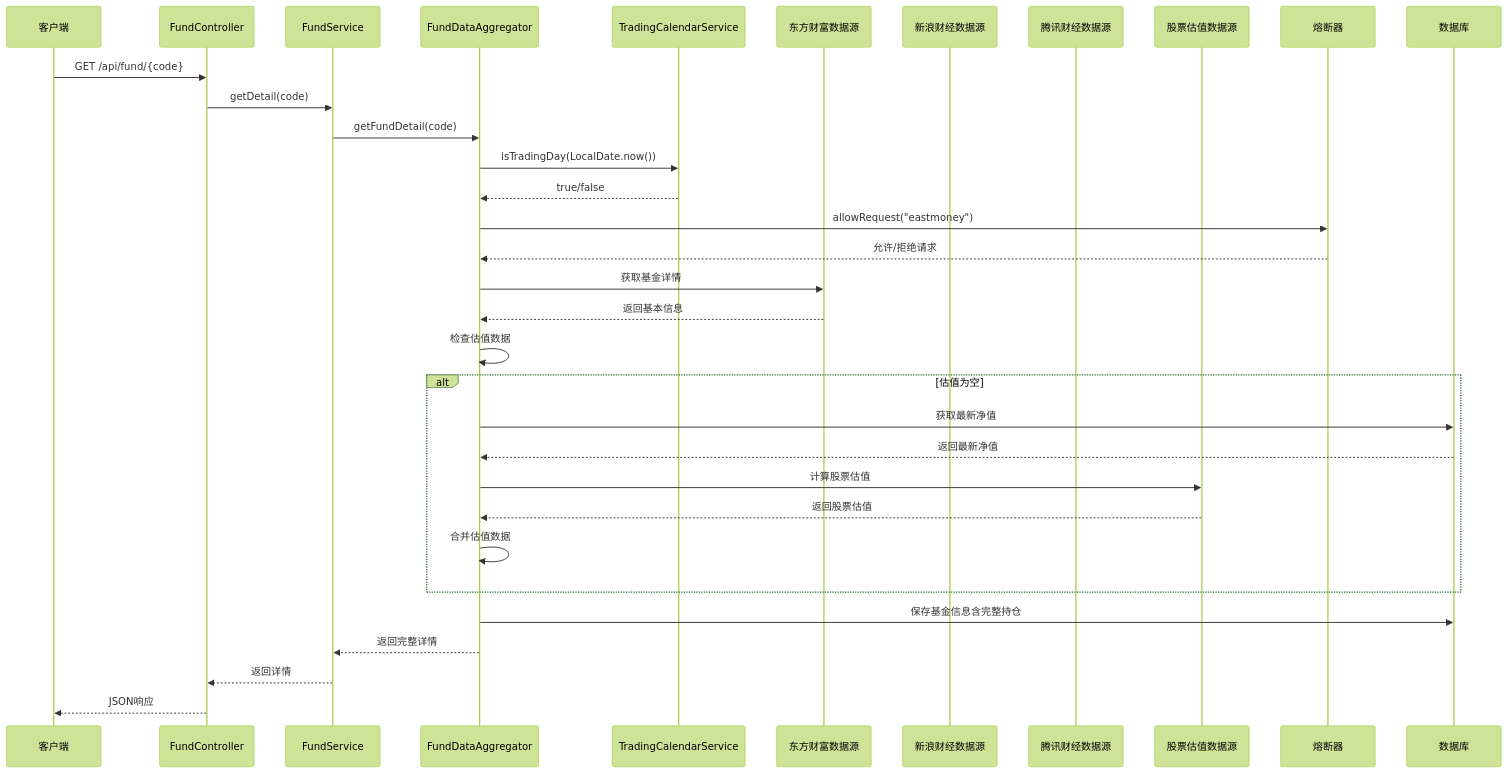
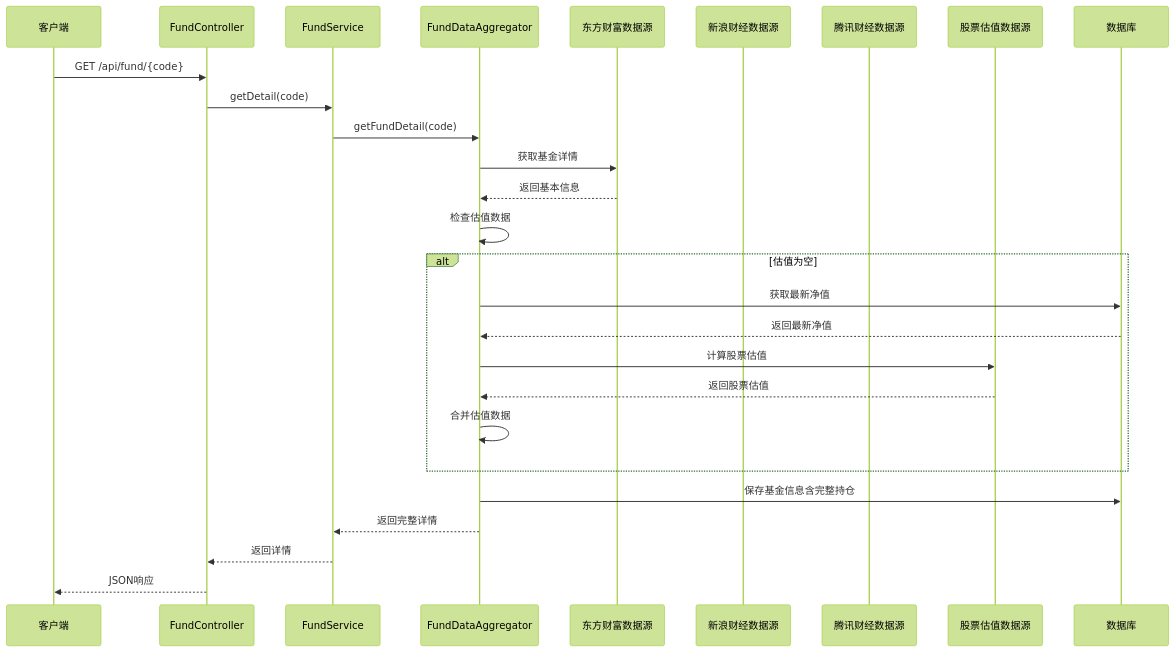
One commit to gree-coder/fund-butler changed diagram 16 of 23 in .qoder/repowiki/zh/content/核心功能开发/多源基金估值系统.md. Above: the diagram before and after it, drawn with Mermaid (forest theme). The commit also changed other lines of this file and 21 other files, not shown here.

````diff
--- a/.qoder/repowiki/zh/content/核心功能开发/多源基金估值系统.md
+++ b/.qoder/repowiki/zh/content/核心功能开发/多源基金估值系统.md
@@ -674,35 +588,29 @@
 ```mermaid
 sequenceDiagram
 participant Client as 客户端
 participant Controller as FundController
 participant Service as FundService
 participant Aggregator as FundDataAggregator
-participant Calendar as TradingCalendarService
 participant EM as 东方财富数据源
 participant Sina as 新浪财经数据源
 participant Tencent as 腾讯财经数据源
 participant Stock as 股票估值数据源
-participant CB as 熔断器
 participant DB as 数据库
 Client->>Controller : GET /api/fund/{code}
 Controller->>Service : getDetail(code)
 Service->>Aggregator : getFundDetail(code)
-Aggregator->>Calendar : isTradingDay(LocalDate.now())
-Calendar-->>Aggregator : true/false
-Aggregator->>CB : allowRequest("eastmoney")
-CB-->>Aggregator : 允许/拒绝请求
 Aggregator->>EM : 获取基金详情
 EM-->>Aggregator : 返回基本信息
 Aggregator->>Aggregator : 检查估值数据
 alt 估值为空
 Aggregator->>DB : 获取最新净值
 DB-->>Aggregator : 返回最新净值
 Aggregator->>Stock : 计算股票估值
 Stock-->>Aggregator : 返回股票估值
 Aggregator->>Aggregator : 合并估值数据
 end
 Aggregator->>DB : 保存基金信息含完整持仓
 Aggregator-->>Service : 返回完整详情
 Service-->>Controller : 返回详情
 Controller-->>Client : JSON响应
 ```
````
